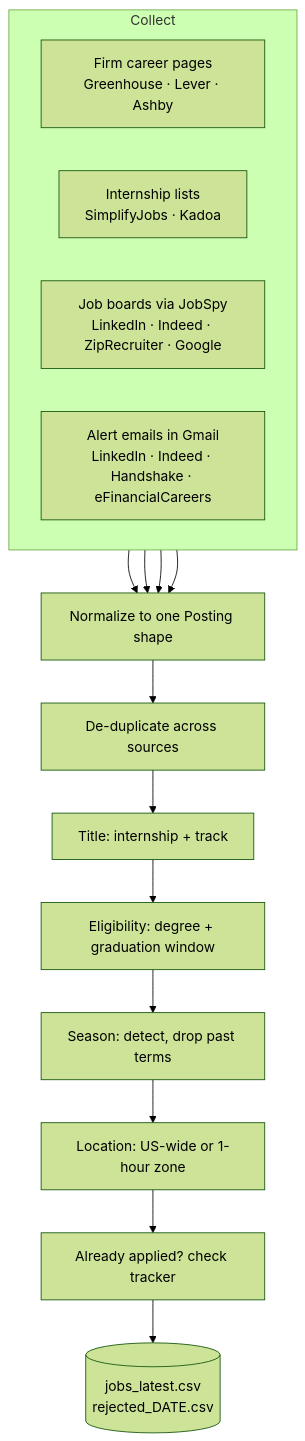
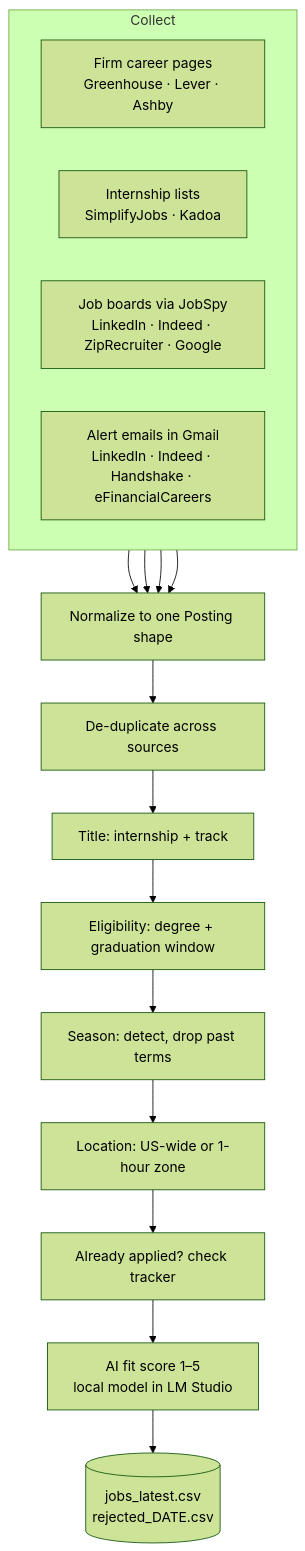
Before and after one commit to sling54/finance-internship-engine: the diagram in README.md, drawn with Mermaid (forest theme). The commit also changed other lines of this file and 10 other files, not shown here.

First line of the commit message:
Add AI fit score from a local model in LM Studio

````diff
--- a/README.md
+++ b/README.md
@@ -17,18 +17,19 @@
 ```mermaid
 flowchart TD
     subgraph Collect
         direction LR
         A[Firm career pages<br/>Greenhouse · Lever · Ashby]
         B[Internship lists<br/>SimplifyJobs · Kadoa]
         C[Job boards via JobSpy<br/>LinkedIn · Indeed · ZipRecruiter · Google]
         D[Alert emails in Gmail<br/>LinkedIn · Indeed · Handshake · eFinancialCareers]
     end
     A & B & C & D --> N[Normalize to one Posting shape]
     N --> M[De-duplicate across sources]
     M --> T[Title: internship + track]
     T --> E[Eligibility: degree + graduation window]
     E --> S[Season: detect, drop past terms]
     S --> L[Location: US-wide or 1-hour zone]
     L --> P[Already applied? check tracker]
-    P --> O[(jobs_latest.csv<br/>rejected_DATE.csv)]
+    P --> F[AI fit score 1–5<br/>local model in LM Studio]
+    F --> O[(jobs_latest.csv<br/>rejected_DATE.csv)]
 ```
````
